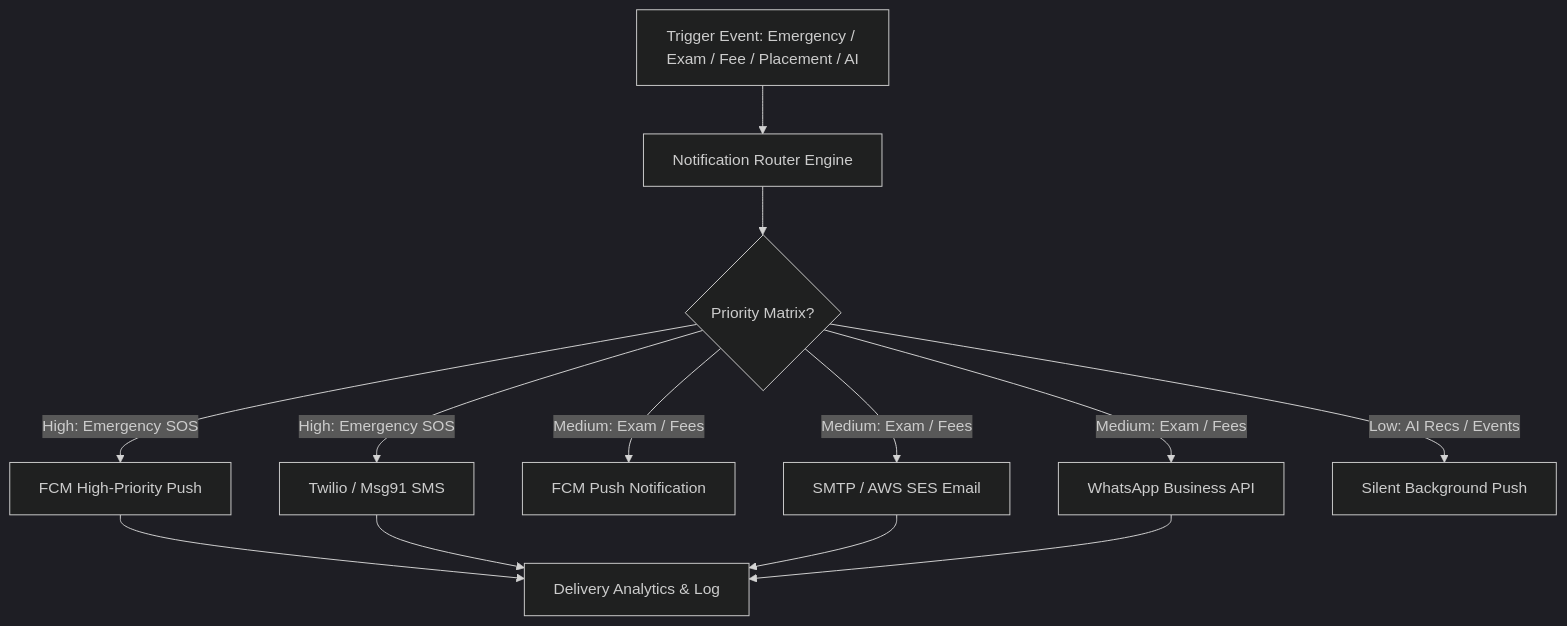
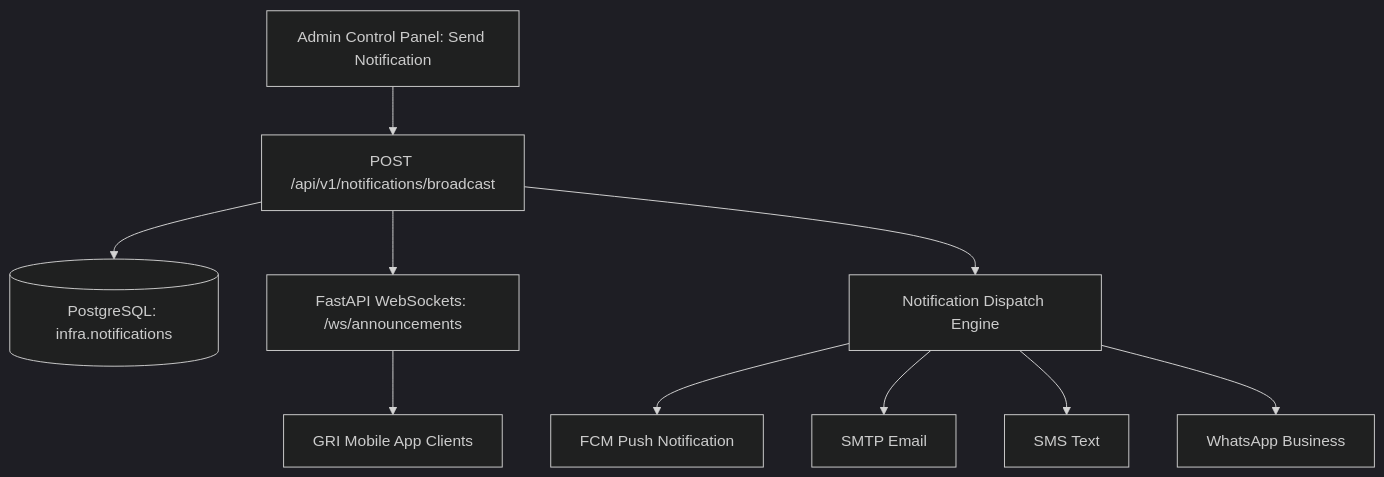
Before and after one commit to vijaymahes9080/GRI: the diagram in docs/notifications_architecture.md, drawn with Mermaid (dark theme). The commit also changed other lines of this file and 9 other files, not shown here.

Commit message:
feat: implement multi-role authentication system, admin broadcast capabilities, and comprehensive documentation

````diff
--- a/docs/notifications_architecture.md
+++ b/docs/notifications_architecture.md
@@ -12,20 +11,14 @@
 ```mermaid
 flowchart TD
-    Trigger[Trigger Event: Emergency / Exam / Fee / Placement / AI] --> Engine[Notification Router Engine]
+    AdminUI[Admin Control Panel: Send Notification] --> APIEndpoint[POST /api/v1/notifications/broadcast]
     
-    Engine --> PriorityCheck{Priority Matrix?}
+    APIEndpoint --> DBStore[(PostgreSQL: infra.notifications)]
+    APIEndpoint --> WSManager[FastAPI WebSockets: /ws/announcements]
+    APIEndpoint --> MultiChannel[Notification Dispatch Engine]
     
-    PriorityCheck -- High: Emergency SOS --> PushUrgent[FCM High-Priority Push]
-    PriorityCheck -- High: Emergency SOS --> SMSUrgent[Twilio / Msg91 SMS]
-    
-    PriorityCheck -- Medium: Exam / Fees --> PushNormal[FCM Push Notification]
-    PriorityCheck -- Medium: Exam / Fees --> EmailChannel[SMTP / AWS SES Email]
-    PriorityCheck -- Medium: Exam / Fees --> WhatsAppChannel[WhatsApp Business API]
-    
-    PriorityCheck -- Low: AI Recs / Events --> PushSilent[Silent Background Push]
-    
-    PushUrgent --> Analytics[Delivery Analytics & Log]
-    SMSUrgent --> Analytics
-    EmailChannel --> Analytics
-    WhatsAppChannel --> Analytics
+    WSManager --> MobileApp[GRI Mobile App Clients]
+    MultiChannel --> FCMPush[FCM Push Notification]
+    MultiChannel --> Email[SMTP Email]
+    MultiChannel --> SMS[SMS Text]
+    MultiChannel --> WhatsApp[WhatsApp Business]
 ```
````
